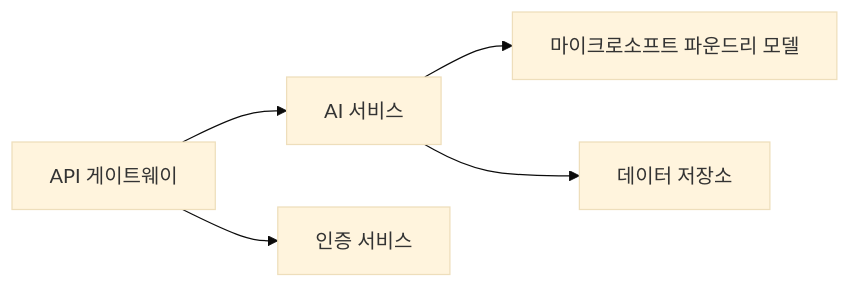
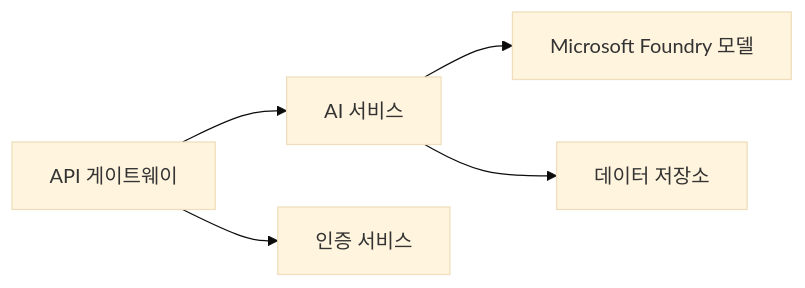
Before and after one commit to microsoft/AZD-for-beginners: the first of 2 diagrams in translations/ko/docs/chapter-08-production/README.md, drawn with Mermaid (base theme). The commit also changed other lines of this file and 101 other files, not shown here.

````diff
--- a/translations/ko/docs/chapter-08-production/README.md
+++ b/translations/ko/docs/chapter-08-production/README.md
@@ -46,6 +48,6 @@
 ```mermaid
 graph LR
-    Gateway[API 게이트웨이] --> AI[AI 서비스] --> Models[마이크로소프트 파운드리 모델]
+    Gateway[API 게이트웨이] --> AI[AI 서비스] --> Models[Microsoft Foundry 모델]
     Gateway --> Auth[인증 서비스]
     AI --> Data[데이터 저장소]
 ```
````
